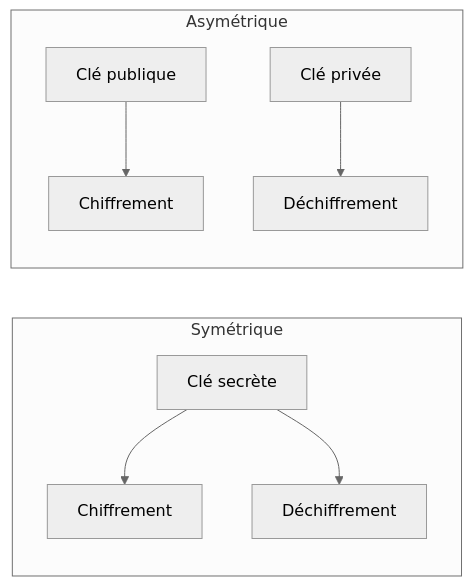
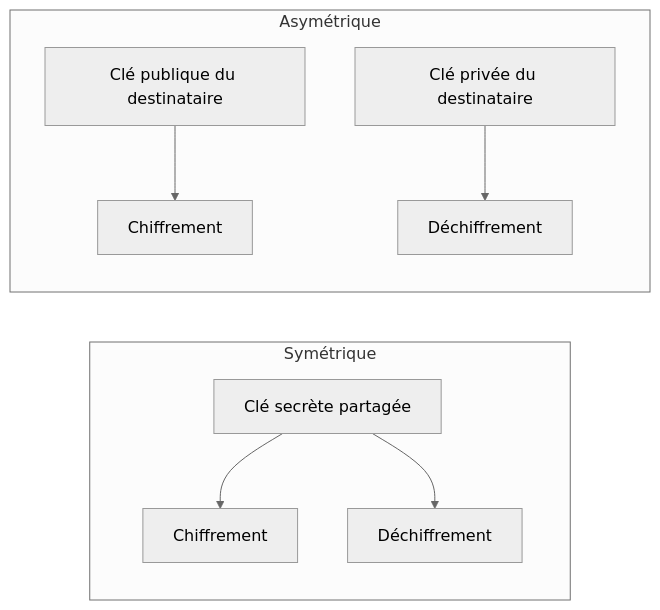
Before and after one commit to AureDulvresse/nyx: the first of 2 diagrams in content/courses/cryptographie/01-introduction-cryptographie.md, drawn with Mermaid (neutral theme). The commit also changed other lines of this file and 167 other files, not shown here.

````diff
--- a/content/courses/cryptographie/01-introduction-cryptographie.md
+++ b/content/courses/cryptographie/01-introduction-cryptographie.md
@@ -38,11 +85,11 @@
 ```mermaid
 graph LR
     subgraph "Symétrique"
-    A1[Clé secrète] --> B1[Chiffrement]
+    A1["Clé secrète partagée"] --> B1[Chiffrement]
     A1 --> C1[Déchiffrement]
     end
     subgraph "Asymétrique"
-    A2[Clé publique] --> B2[Chiffrement]
-    A3[Clé privée] --> C2[Déchiffrement]
+    A2["Clé publique du destinataire"] --> B2[Chiffrement]
+    A3["Clé privée du destinataire"] --> C2[Déchiffrement]
     end
 ```
````
